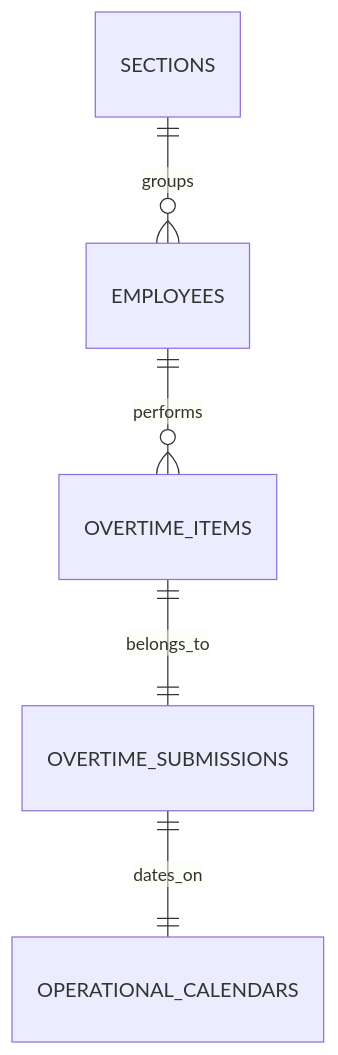
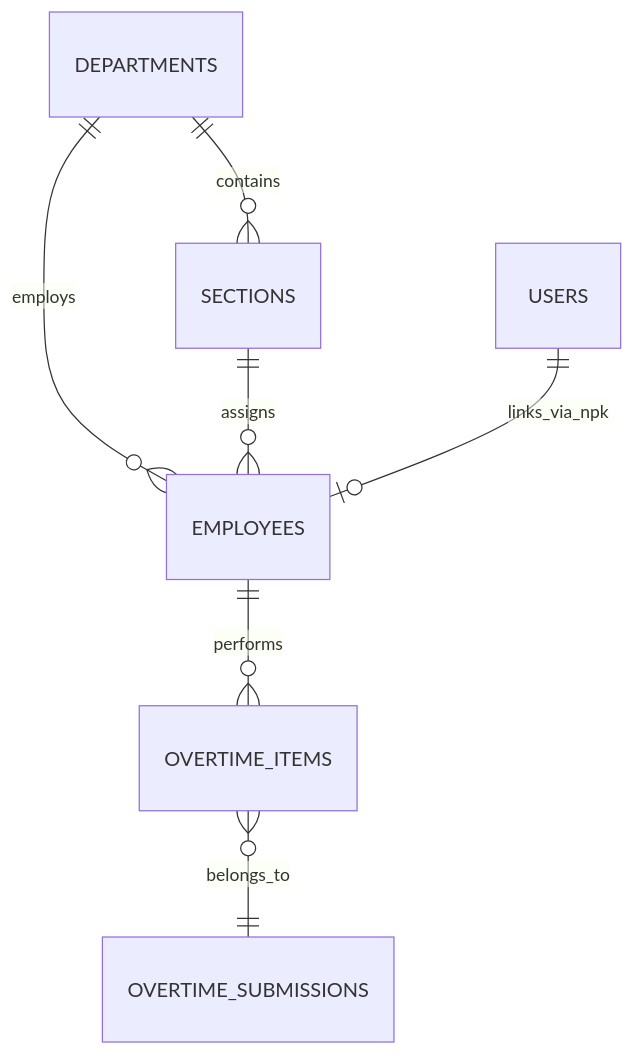
One commit to ZulfikarHD/overtime-app changed the second of 2 diagrams in docs/dev-docs/features/employee-welfare-report.md. Above: the diagram before and after it, drawn with Mermaid. The commit also changed other lines of this file and 20 other files, not shown here.

````diff
--- a/docs/dev-docs/features/employee-welfare-report.md
+++ b/docs/dev-docs/features/employee-welfare-report.md
@@ -25,7 +35,9 @@
 ```mermaid
 erDiagram
+    DEPARTMENTS ||--o{ SECTIONS : contains
+    DEPARTMENTS ||--o{ EMPLOYEES : employs
+    SECTIONS ||--o{ EMPLOYEES : assigns
     EMPLOYEES ||--o{ OVERTIME_ITEMS : performs
-    OVERTIME_ITEMS ||--|| OVERTIME_SUBMISSIONS : belongs_to
-    OVERTIME_SUBMISSIONS ||--|| OPERATIONAL_CALENDARS : dates_on
-    SECTIONS ||--o{ EMPLOYEES : groups
+    OVERTIME_ITEMS }o--|| OVERTIME_SUBMISSIONS : belongs_to
+    USERS ||--o| EMPLOYEES : links_via_npk
 ```
````
